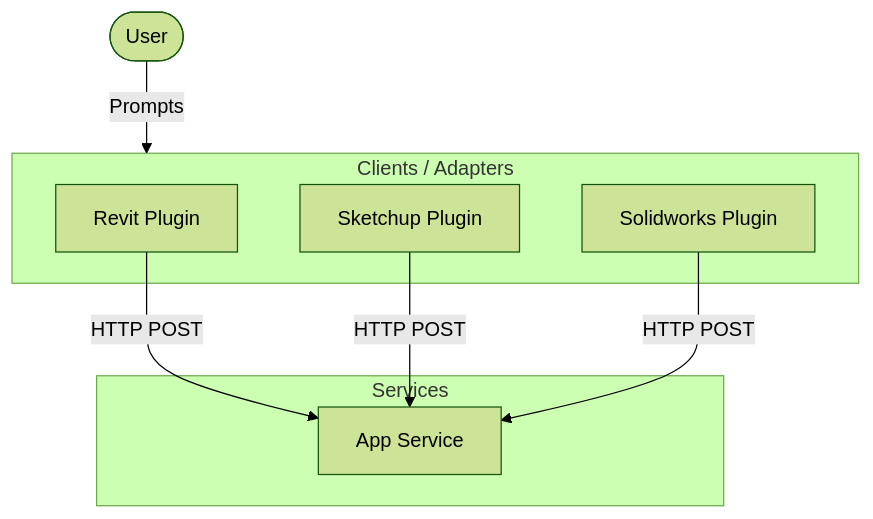
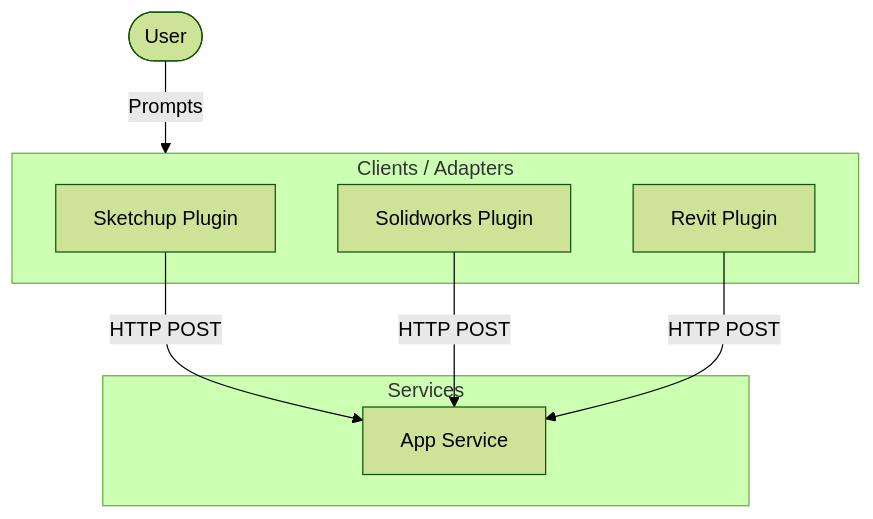
One commit to NITISH-R-G/TextBridge3D changed the diagram in docs/diagrams/architecture.md. Above: the diagram before and after it, drawn with Mermaid (forest theme). The commit also changed other lines of this file and 3 other files, not shown here.

Commit message:
docs: Auto-generate architecture diagrams and README

````diff
--- a/docs/diagrams/architecture.md
+++ b/docs/diagrams/architecture.md
@@ -1,19 +1,19 @@
 ```mermaid
 graph TD
     User([User])
 
     subgraph Clients["Clients / Adapters"]
-        revit["Revit Plugin"]
         sketchup["Sketchup Plugin"]
         solidworks["Solidworks Plugin"]
+        revit["Revit Plugin"]
     end
 
     subgraph Services["Services"]
         app["App Service"]
     end
 
     User -->|Prompts| Clients
-    revit -->|HTTP POST| app
     sketchup -->|HTTP POST| app
     solidworks -->|HTTP POST| app
+    revit -->|HTTP POST| app
 ```
````
